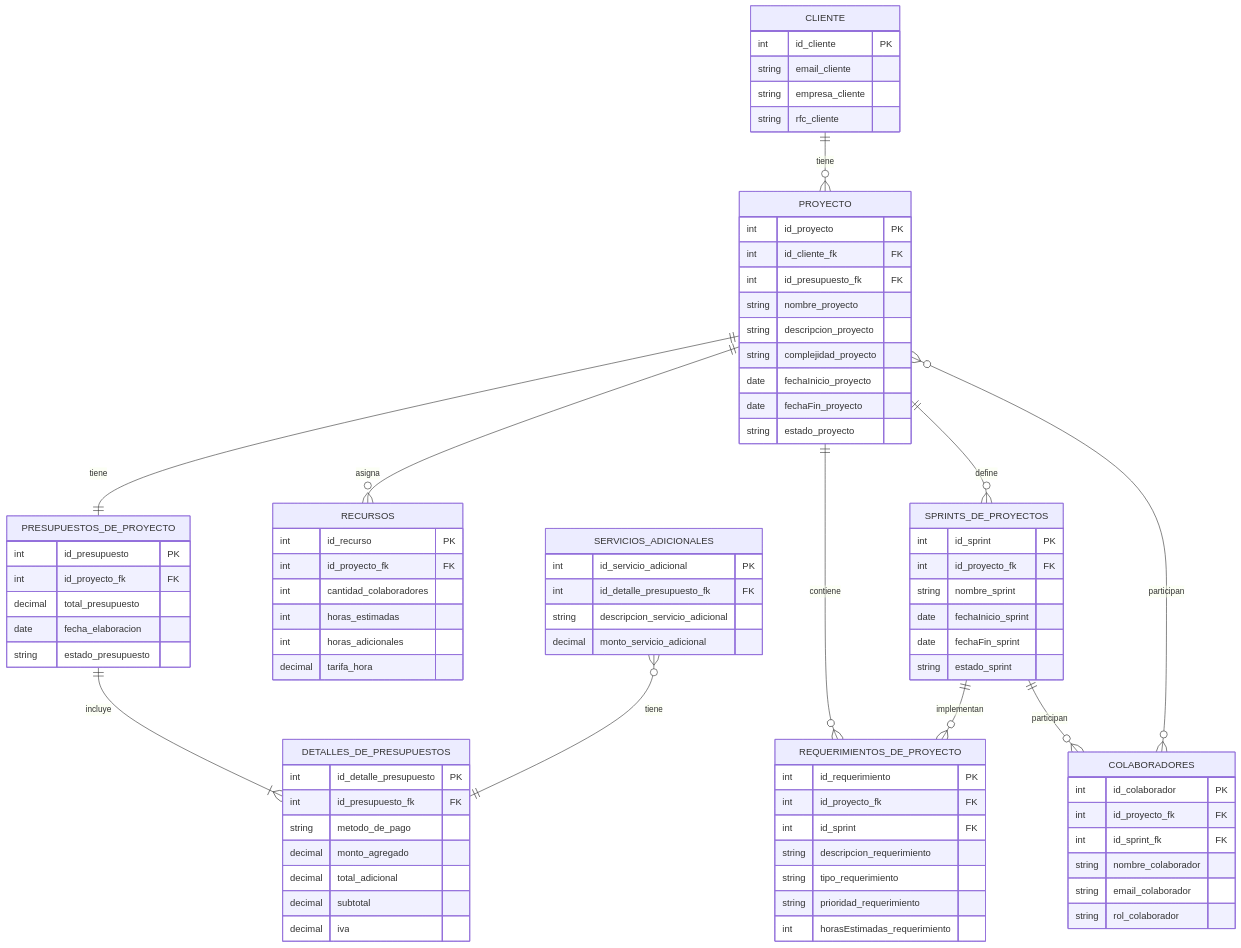
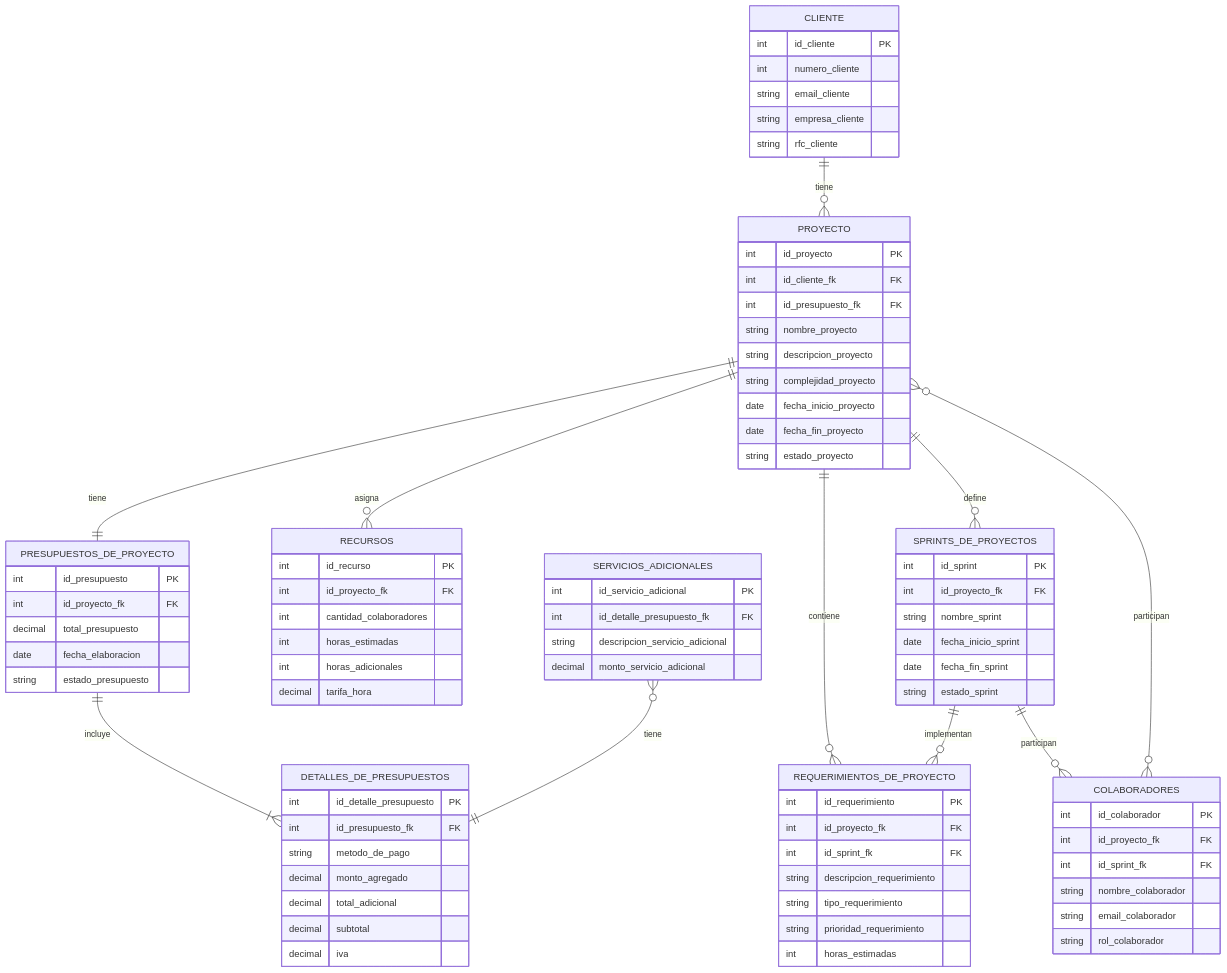
Before and after one commit to Pollix27/NGINX-Start_project: the diagram in src/main/resources/Diagramas/Diagrama ER.mermaid, drawn with Mermaid.

Commit message:
se actualizo el diagrama Entidad relacion

```diff
--- a/src/main/resources/Diagramas/Diagrama ER.mermaid
+++ b/src/main/resources/Diagramas/Diagrama ER.mermaid
@@ -1,96 +1,96 @@
 erDiagram
     CLIENTE ||--o{ PROYECTO : "tiene"
     PROYECTO ||--|| PRESUPUESTOS_DE_PROYECTO : "tiene"
     PRESUPUESTOS_DE_PROYECTO ||--|{DETALLES_DE_PRESUPUESTOS : "incluye"
     PROYECTO ||--o{ RECURSOS : "asigna"
     PROYECTO ||--o{ SPRINTS_DE_PROYECTOS  : "define"
     PROYECTO ||--o{ REQUERIMIENTOS_DE_PROYECTO : "contiene"
     SPRINTS_DE_PROYECTOS ||--o{REQUERIMIENTOS_DE_PROYECTO : "implementan"
     SPRINTS_DE_PROYECTOS ||--o{COLABORADORES : "participan"
     PROYECTO }o--o{ COLABORADORES : "participan"
     SERVICIOS_ADICIONALES}o--|| DETALLES_DE_PRESUPUESTOS : "tiene"
 
 
 
-
     CLIENTE {
         int id_cliente PK
+        int numero_cliente
         string email_cliente
         string empresa_cliente
         string rfc_cliente
     }
 
     PROYECTO {
         int id_proyecto PK
         int id_cliente_fk FK
         int id_presupuesto_fk FK
         string nombre_proyecto
         string descripcion_proyecto
         string complejidad_proyecto
-        date fechaInicio_proyecto
-        date fechaFin_proyecto
+        date fecha_inicio_proyecto
+        date fecha_fin_proyecto
         string estado_proyecto
     }
 
     REQUERIMIENTOS_DE_PROYECTO {
         int id_requerimiento PK
         int id_proyecto_fk FK
-        int id_sprint FK
+        int id_sprint_fk FK
         string descripcion_requerimiento
         string tipo_requerimiento
         string prioridad_requerimiento
-        int horasEstimadas_requerimiento
+        int horas_estimadas
     }
 
     PRESUPUESTOS_DE_PROYECTO {
         int id_presupuesto PK
         int id_proyecto_fk FK
         decimal total_presupuesto
         date fecha_elaboracion
         string estado_presupuesto
     }
 
     DETALLES_DE_PRESUPUESTOS {
         int id_detalle_presupuesto PK
         int id_presupuesto_fk FK
         string metodo_de_pago
         decimal monto_agregado
         decimal total_adicional
         decimal subtotal
         decimal iva
     }
 
     RECURSOS {
         int id_recurso PK
         int id_proyecto_fk FK
         int cantidad_colaboradores
         int horas_estimadas
         int horas_adicionales
         decimal tarifa_hora
     }
 
     SPRINTS_DE_PROYECTOS {
         int id_sprint PK
         int id_proyecto_fk FK
         string nombre_sprint
-        date fechaInicio_sprint
-        date fechaFin_sprint
+        date fecha_inicio_sprint
+        date fecha_fin_sprint
         string estado_sprint
     }
 
     COLABORADORES {
         int id_colaborador PK
         int id_proyecto_fk FK
         int id_sprint_fk FK
         string nombre_colaborador
         string email_colaborador
         string rol_colaborador
     }
 
     SERVICIOS_ADICIONALES{
         int id_servicio_adicional PK
         int id_detalle_presupuesto_fk FK
         string descripcion_servicio_adicional
         decimal monto_servicio_adicional
 
     }
```
